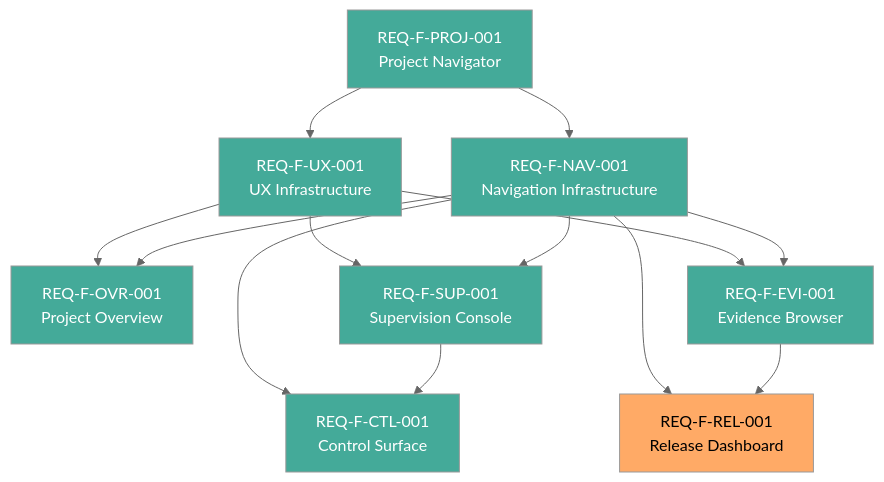
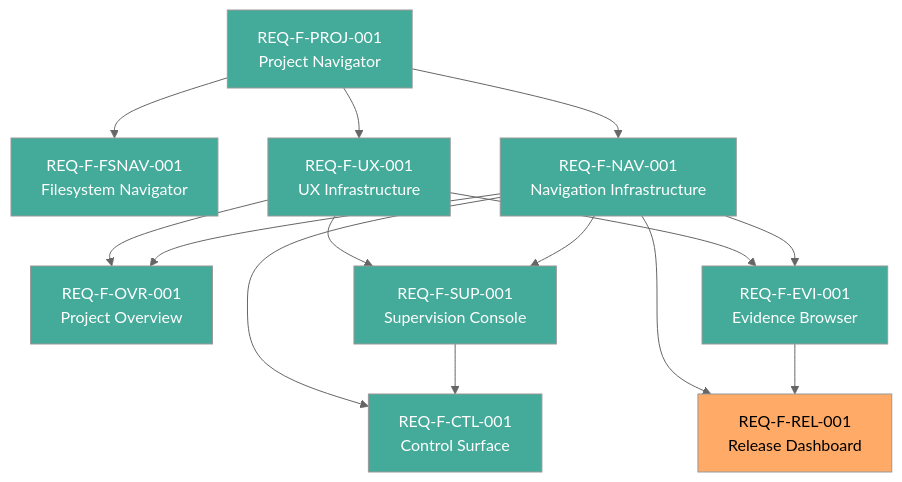
Before and after one commit to foolishimp/ai_sdlc_method: the diagram in projects/genesis_manager/specification/features/FEATURE_VECTORS.md, drawn with Mermaid (neutral theme). The commit also changed other lines of this file and 51 other files, not shown here.

````diff
--- a/projects/genesis_manager/specification/features/FEATURE_VECTORS.md
+++ b/projects/genesis_manager/specification/features/FEATURE_VECTORS.md
@@ -149,33 +164,36 @@
 ```mermaid
 graph TD
     PROJ[REQ-F-PROJ-001<br/>Project Navigator]
+    FSNAV[REQ-F-FSNAV-001<br/>Filesystem Navigator]
     NAV[REQ-F-NAV-001<br/>Navigation Infrastructure]
     UX[REQ-F-UX-001<br/>UX Infrastructure]
     OVR[REQ-F-OVR-001<br/>Project Overview]
     SUP[REQ-F-SUP-001<br/>Supervision Console]
     EVI[REQ-F-EVI-001<br/>Evidence Browser]
     CTL[REQ-F-CTL-001<br/>Control Surface]
     REL[REQ-F-REL-001<br/>Release Dashboard]
 
+    PROJ --> FSNAV
     PROJ --> NAV
     PROJ --> UX
     NAV --> OVR
     UX --> OVR
     NAV --> SUP
     UX --> SUP
     NAV --> EVI
     UX --> EVI
     SUP --> CTL
     NAV --> CTL
     EVI --> REL
     NAV --> REL
 
     style PROJ fill:#4a9,color:#fff
+    style FSNAV fill:#4a9,color:#fff
     style NAV fill:#4a9,color:#fff
     style UX fill:#4a9,color:#fff
     style OVR fill:#4a9,color:#fff
     style SUP fill:#4a9,color:#fff
     style EVI fill:#4a9,color:#fff
     style CTL fill:#4a9,color:#fff
     style REL fill:#fa6,color:#000
 ```
````
